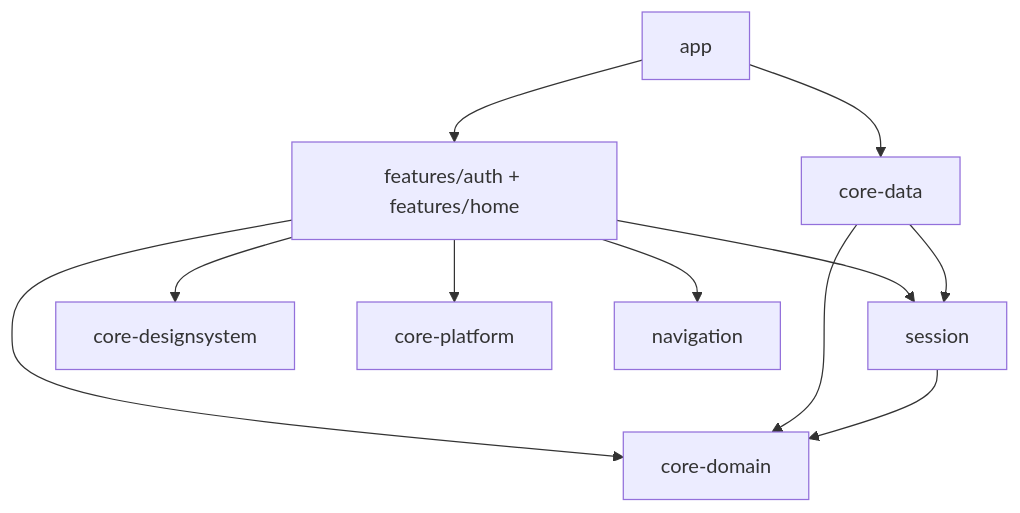
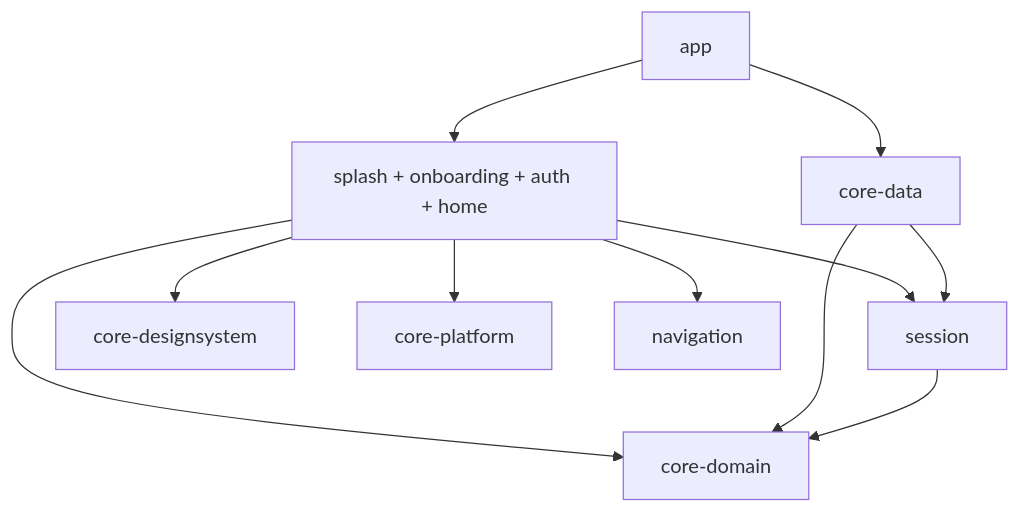
The diagram in docs/skills/AndroidBase/README.md (PaulGuillen/PagoControl), drawn with Mermaid before and after one commit. The commit also changed other lines of this file and 11 other files, not shown here.

First line of the commit message:
docs(architecture): document entry modules routing and Kotlin conventions

````diff
--- a/docs/skills/AndroidBase/README.md
+++ b/docs/skills/AndroidBase/README.md
@@ -55,13 +58,13 @@
 ```mermaid
 flowchart TD
-    App[app] --> Features[features/auth + features/home]
+    App[app] --> Features[splash + onboarding + auth + home]
     App --> Data[core-data]
     Features --> Domain[core-domain]
     Features --> Session[session]
     Features --> UI[core-designsystem]
     Features --> Platform[core-platform]
     Features --> Routes[navigation]
     Data --> Domain
     Data --> Session
     Session --> Domain
 ```
````
